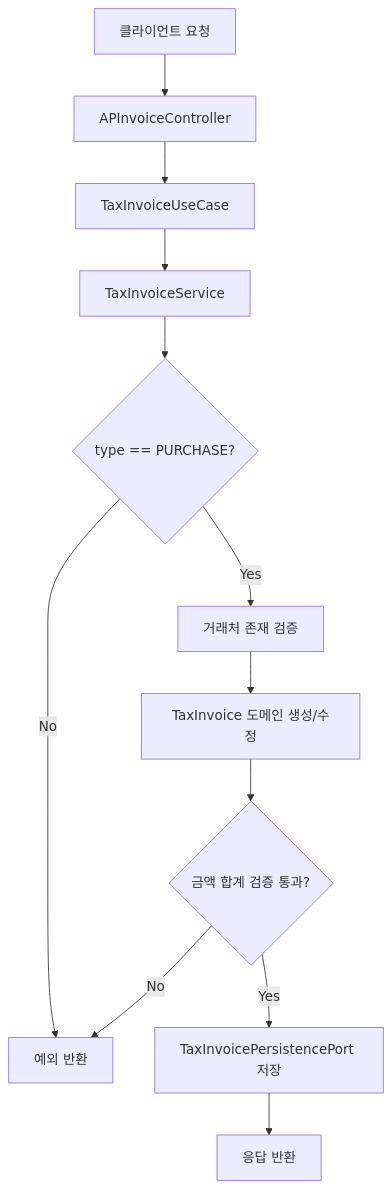
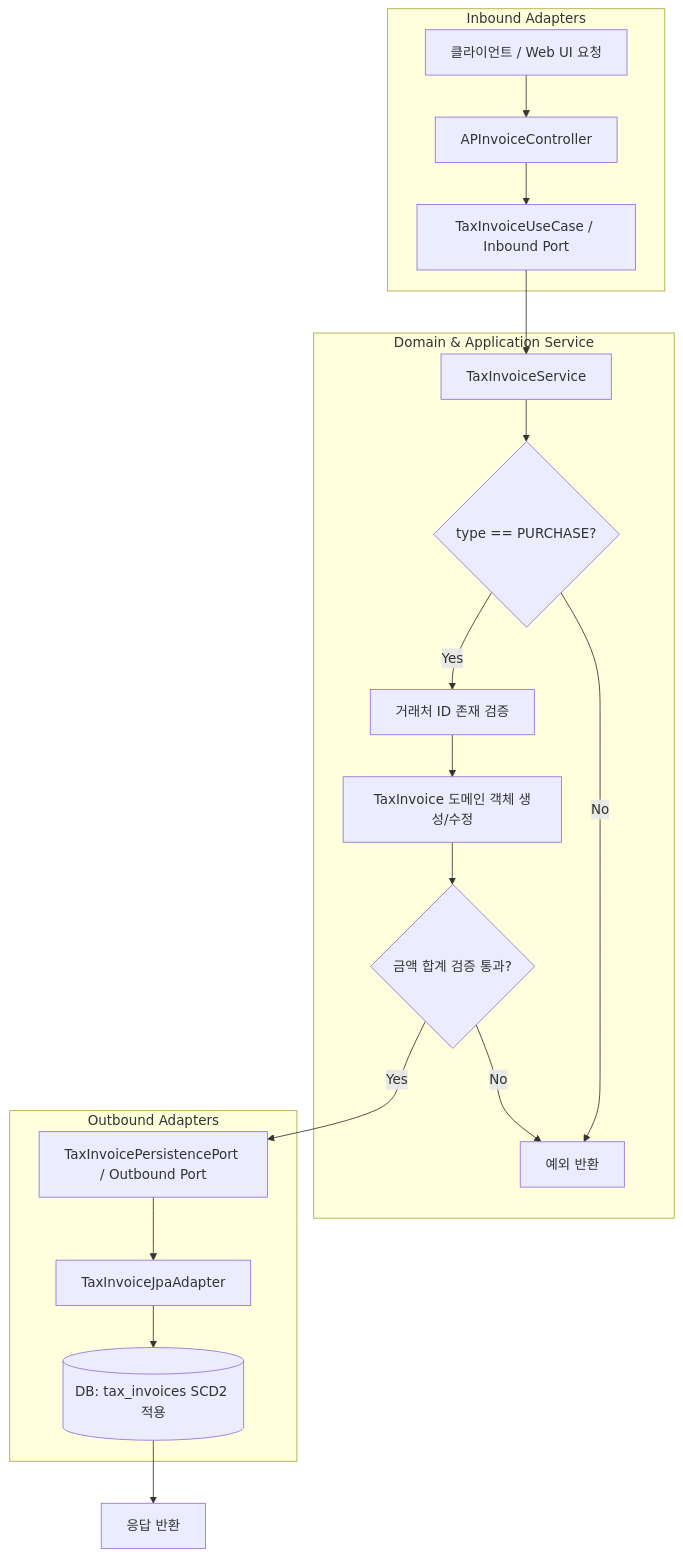
One commit to skyg547/account changed the diagram in tax/docs/process-flow.md. Above: the diagram before and after it, drawn with Mermaid. The commit also changed other lines of this file and 94 other files, not shown here.

````diff
--- a/tax/docs/process-flow.md
+++ b/tax/docs/process-flow.md
@@ -16,14 +14,24 @@
 ```mermaid
 flowchart TD
-    A[클라이언트 요청] --> B[APInvoiceController]
-    B --> C[TaxInvoiceUseCase]
-    C --> D[TaxInvoiceService]
-    D --> E{type == PURCHASE?}
-    E -->|No| X[예외 반환]
-    E -->|Yes| F[거래처 존재 검증]
-    F --> G[TaxInvoice 도메인 생성/수정]
-    G --> H{금액 합계 검증 통과?}
-    H -->|No| X
-    H -->|Yes| I[TaxInvoicePersistencePort 저장]
-    I --> J[응답 반환]
+    subgraph Inbound Adapters
+        A[클라이언트 / Web UI 요청] --> B[APInvoiceController]
+        B --> C[TaxInvoiceUseCase / Inbound Port]
+    end
+
+    subgraph Domain & Application Service
+        C --> D[TaxInvoiceService]
+        D --> E{type == PURCHASE?}
+        E -->|No| X[예외 반환]
+        E -->|Yes| F[거래처 ID 존재 검증]
+        F --> G[TaxInvoice 도메인 객체 생성/수정]
+        G --> H{금액 합계 검증 통과?}
+        H -->|No| X
+    end
+
+    subgraph Outbound Adapters
+        H -->|Yes| I[TaxInvoicePersistencePort / Outbound Port]
+        I --> J[TaxInvoiceJpaAdapter]
+        J --> K[(DB: tax_invoices SCD2 적용)]
+    end
+    K --> L[응답 반환]
 ```
````
